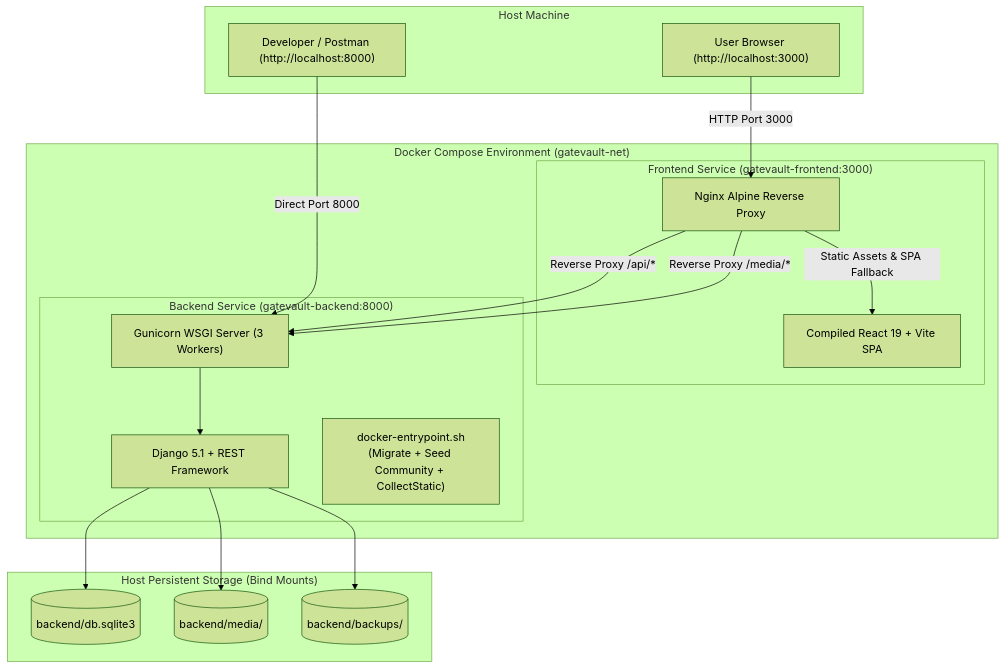
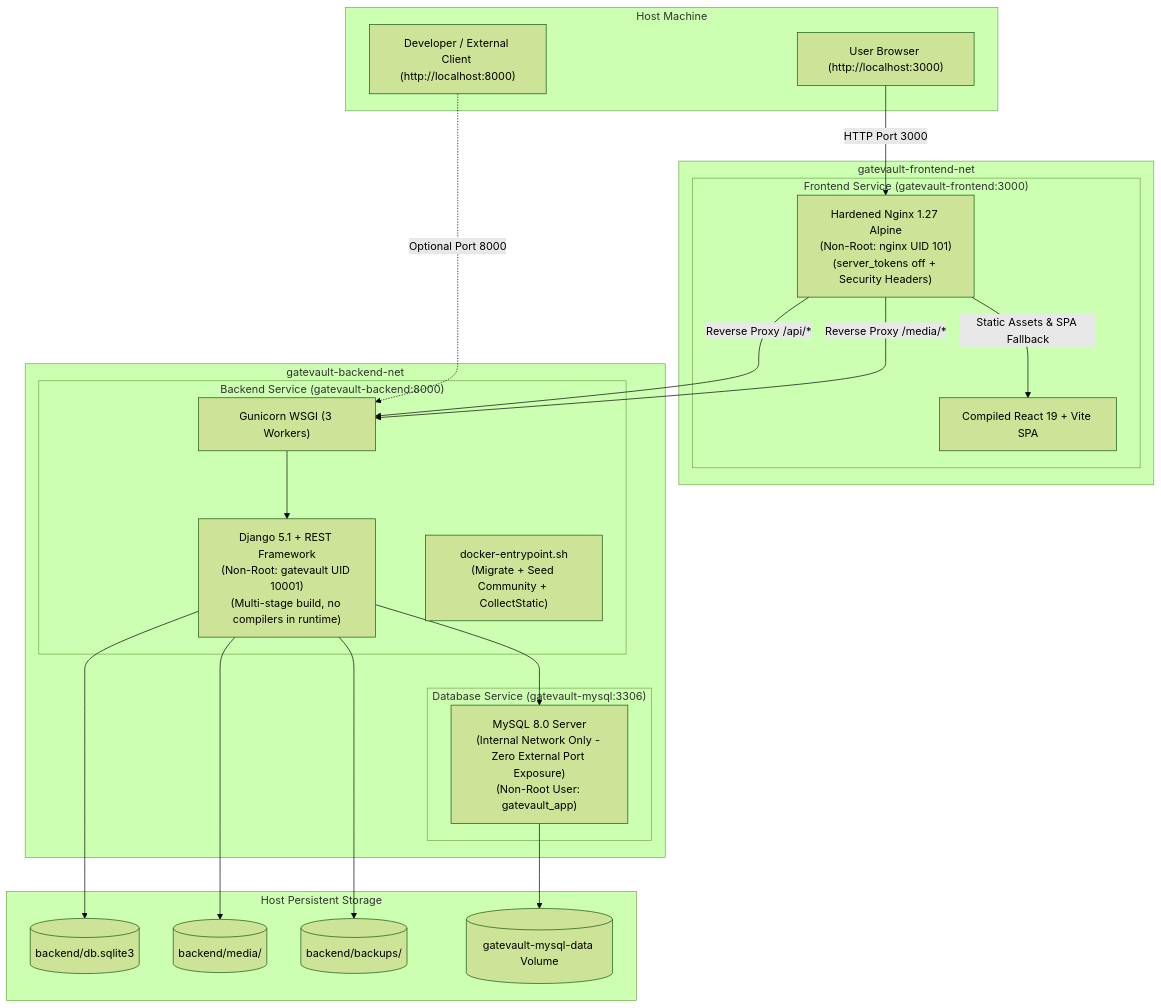
One commit to SAIVINAY983/GateVault changed the diagram in DOCKER_SETUP.md. Above: the diagram before and after it, drawn with Mermaid (forest theme). The commit also changed other lines of this file and 36 other files, not shown here.

Commit message:
feat(security): comprehensive audit logging, rate limiting, RBAC data isolation, database backups, and hardened Docker containerization

````diff
--- a/DOCKER_SETUP.md
+++ b/DOCKER_SETUP.md
@@ -11,36 +11,45 @@
 ```mermaid
 flowchart TD
     subgraph Host["Host Machine"]
         Browser["User Browser (http://localhost:3000)"]
-        DirectAPI["Developer / Postman (http://localhost:8000)"]
+        DirectAPI["Developer / External Client (http://localhost:8000)"]
     end
 
-    subgraph DockerCompose["Docker Compose Environment (gatevault-net)"]
+    subgraph FrontendNet["gatevault-frontend-net"]
         subgraph FrontendContainer["Frontend Service (gatevault-frontend:3000)"]
-            Nginx["Nginx Alpine Reverse Proxy"]
+            Nginx["Hardened Nginx 1.27 Alpine\n(Non-Root: nginx UID 101)\n(server_tokens off + Security Headers)"]
             ReactApp["Compiled React 19 + Vite SPA"]
-        end
-
-        subgraph BackendContainer["Backend Service (gatevault-backend:8000)"]
-            Gunicorn["Gunicorn WSGI Server (3 Workers)"]
-            Django["Django 5.1 + REST Framework"]
-            Entrypoint["docker-entrypoint.sh\n(Migrate + Seed Community + CollectStatic)"]
         end
     end
 
-    subgraph PersistentStorage["Host Persistent Storage (Bind Mounts)"]
+    subgraph BackendNet["gatevault-backend-net"]
+        subgraph BackendContainer["Backend Service (gatevault-backend:8000)"]
+            Gunicorn["Gunicorn WSGI (3 Workers)"]
+            Django["Django 5.1 + REST Framework\n(Non-Root: gatevault UID 10001)\n(Multi-stage build, no compilers in runtime)"]
+            Entrypoint["docker-entrypoint.sh\n(Migrate + Seed Community + CollectStatic)"]
+        end
+
+        subgraph DatabaseContainer["Database Service (gatevault-mysql:3306)"]
+            MySQL["MySQL 8.0 Server\n(Internal Network Only - Zero External Port Exposure)\n(Non-Root User: gatevault_app)"]
+        end
+    end
+
+    subgraph PersistentStorage["Host Persistent Storage"]
         DB[(backend/db.sqlite3)]
         Media[(backend/media/)]
         Backups[(backend/backups/)]
+        MySQLData[(gatevault-mysql-data Volume)]
     end
 
     Browser -->|HTTP Port 3000| Nginx
     Nginx -->|Static Assets & SPA Fallback| ReactApp
     Nginx -->|Reverse Proxy /api/*| Gunicorn
     Nginx -->|Reverse Proxy /media/*| Gunicorn
-    DirectAPI -->|Direct Port 8000| Gunicorn
+    DirectAPI -.->|Optional Port 8000| Gunicorn
     Gunicorn --> Django
     Django --> DB
     Django --> Media
     Django --> Backups
+    Django --> MySQL
+    MySQL --> MySQLData
 ```
````
